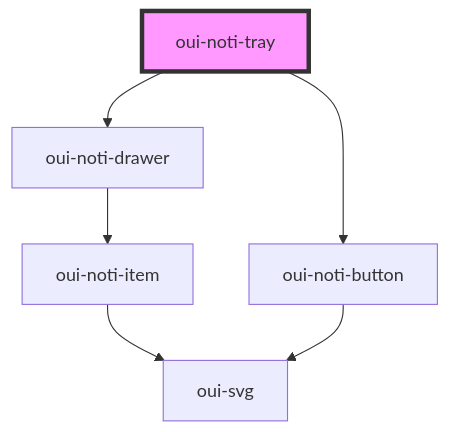
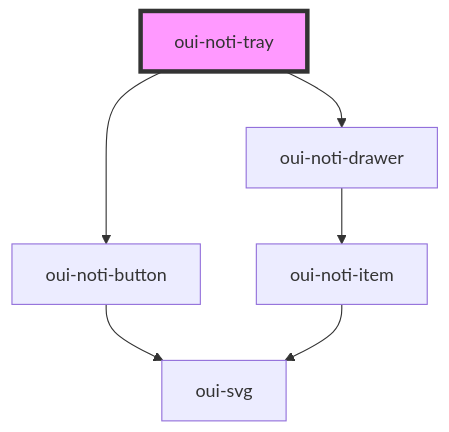
One commit to oberd/oui changed the diagram in src/components/notification-tray/readme.md. Above: the diagram before and after it, drawn with Mermaid. The commit also changed other lines of this file and 8 other files, not shown here.

````diff
--- a/src/components/notification-tray/readme.md
+++ b/src/components/notification-tray/readme.md
@@ -24,9 +25,9 @@
 ```mermaid
 graph TD;
+  oui-noti-tray --> oui-noti-button
   oui-noti-tray --> oui-noti-drawer
-  oui-noti-tray --> oui-noti-button
+  oui-noti-button --> oui-svg
   oui-noti-drawer --> oui-noti-item
   oui-noti-item --> oui-svg
-  oui-noti-button --> oui-svg
   style oui-noti-tray fill:#f9f,stroke:#333,stroke-width:4px
 ```
````
